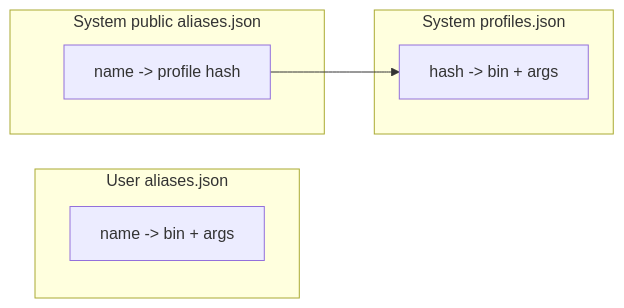
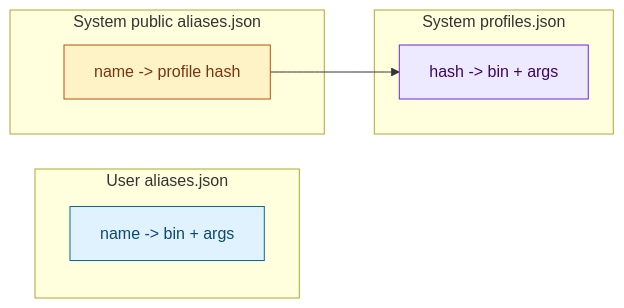
One commit to RchGrav/onhold changed the second of 2 diagrams in docs/profiles-and-aliases.md. Above: the diagram before and after it, drawn with Mermaid. The commit also changed other lines of this file and 13 other files, not shown here.

````diff
--- a/docs/profiles-and-aliases.md
+++ b/docs/profiles-and-aliases.md
@@ -51,13 +62,20 @@
 ```mermaid
 flowchart LR
     subgraph UserAlias["User aliases.json"]
         UA["name -> bin + args"]
     end
     subgraph SystemAlias["System public aliases.json"]
         SA["name -> profile hash"]
     end
     subgraph SystemProfile["System profiles.json"]
         SP["hash -> bin + args"]
     end
     SA --> SP
+
+    classDef user fill:#e0f2fe,stroke:#0369a1,color:#0c4a6e
+    classDef public fill:#fef3c7,stroke:#b45309,color:#78350f
+    classDef private fill:#ede9fe,stroke:#6d28d9,color:#3b0764
+    class UA user
+    class SA public
+    class SP private
 ```
````
